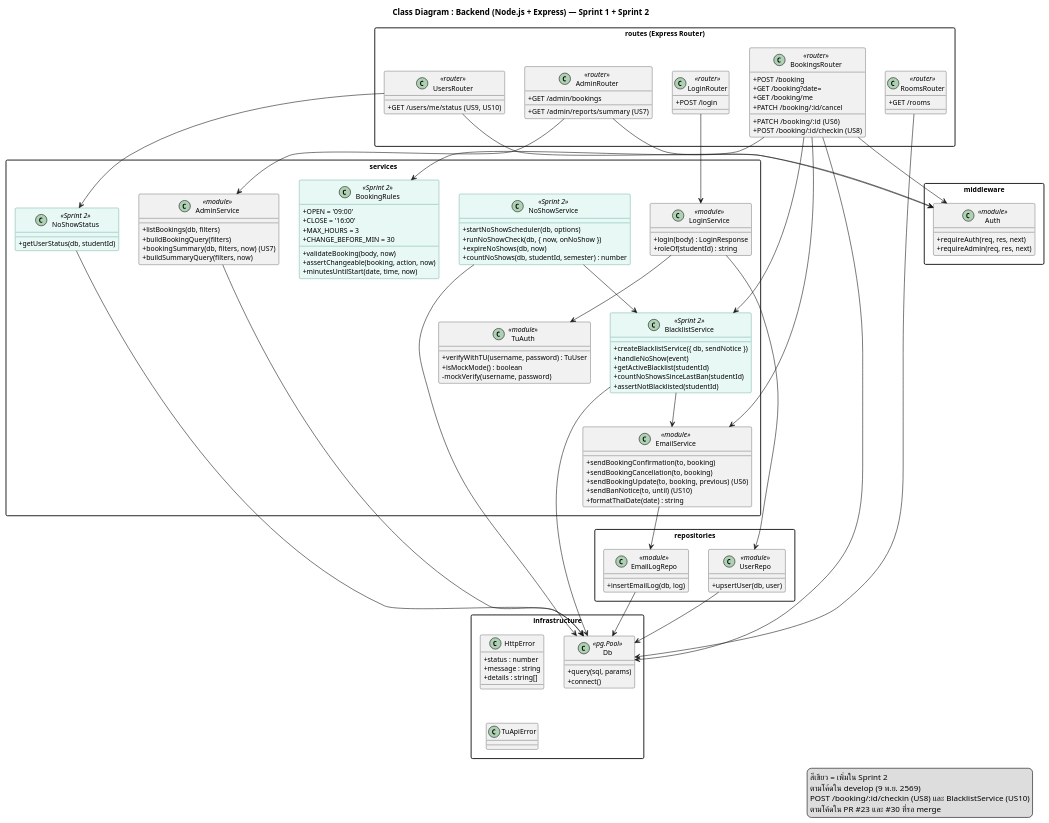
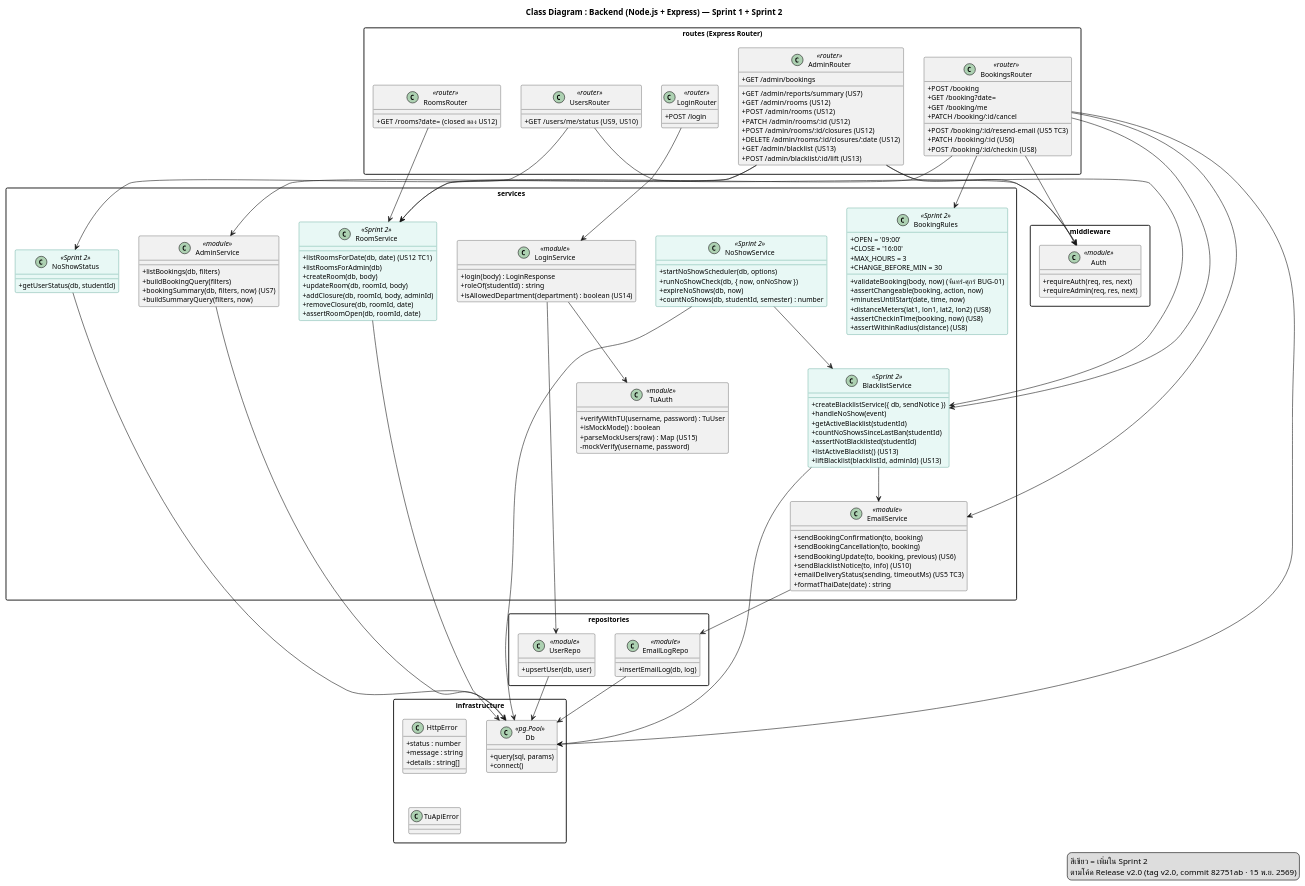
One commit to niairi/cs261_650001_group8 changed the diagram in docs/design/class-diagram.puml. Above: the diagram before and after it, drawn with PlantUML. The commit also changed 20 other files, not shown here.

Commit message:
docs: เพิ่ม Diagram Sprint 2 ให้ครบทุก US (US5 TC3, US11-US15) และอัปเดต US6, Class, DFD, Use Case ตาม v2.0

```diff
--- a/docs/design/class-diagram.puml
+++ b/docs/design/class-diagram.puml
@@ -1,145 +1,172 @@
 @startuml
 skinparam defaultFontName Loma
 skinparam defaultFontSize 12
 skinparam classAttributeIconSize 0
 skinparam packageStyle rectangle
 skinparam class {
   BackgroundColor<<Sprint 2>> #E8F8F5
   BorderColor<<Sprint 2>> #117A65
 }
 title Class Diagram : Backend (Node.js + Express) — Sprint 1 + Sprint 2
 
 package "routes (Express Router)" {
   class LoginRouter <<router>> {
     + POST /login
   }
   class RoomsRouter <<router>> {
-    + GET /rooms
+    + GET /rooms?date=  (closed ของ US12)
   }
   class BookingsRouter <<router>> {
     + POST /booking
     + GET /booking?date=
     + GET /booking/me
     + PATCH /booking/:id/cancel
+    + POST /booking/:id/resend-email  (US5 TC3)
     + PATCH /booking/:id  (US6)
     + POST /booking/:id/checkin  (US8)
   }
   class UsersRouter <<router>> {
     + GET /users/me/status  (US9, US10)
   }
   class AdminRouter <<router>> {
     + GET /admin/bookings
     + GET /admin/reports/summary  (US7)
+    + GET /admin/rooms  (US12)
+    + POST /admin/rooms  (US12)
+    + PATCH /admin/rooms/:id  (US12)
+    + POST /admin/rooms/:id/closures  (US12)
+    + DELETE /admin/rooms/:id/closures/:date  (US12)
+    + GET /admin/blacklist  (US13)
+    + POST /admin/blacklist/:id/lift  (US13)
   }
 }
 
 package "middleware" {
   class Auth <<module>> {
     + requireAuth(req, res, next)
     + requireAdmin(req, res, next)
   }
 }
 
 package "services" {
   class LoginService <<module>> {
     + login(body) : LoginResponse
     + roleOf(studentId) : string
+    + isAllowedDepartment(department) : boolean  (US14)
   }
   class TuAuth <<module>> {
     + verifyWithTU(username, password) : TuUser
     + isMockMode() : boolean
+    + parseMockUsers(raw) : Map  (US15)
     - mockVerify(username, password)
   }
   class BookingRules <<Sprint 2>> {
     + OPEN = '09:00'
     + CLOSE = '16:00'
     + MAX_HOURS = 3
     + CHANGE_BEFORE_MIN = 30
-    + validateBooking(body, now)
+    + validateBooking(body, now)  (จันทร์–ศุกร์ BUG-01)
     + assertChangeable(booking, action, now)
     + minutesUntilStart(date, time, now)
+    + distanceMeters(lat1, lon1, lat2, lon2)  (US8)
+    + assertCheckinTime(booking, now)  (US8)
+    + assertWithinRadius(distance)  (US8)
   }
   class EmailService <<module>> {
     + sendBookingConfirmation(to, booking)
     + sendBookingCancellation(to, booking)
     + sendBookingUpdate(to, booking, previous)  (US6)
-    + sendBanNotice(to, until)  (US10)
+    + sendBlacklistNotice(to, info)  (US10)
+    + emailDeliveryStatus(sending, timeoutMs)  (US5 TC3)
     + formatThaiDate(date) : string
   }
   class AdminService <<module>> {
     + listBookings(db, filters)
     + buildBookingQuery(filters)
     + bookingSummary(db, filters, now)  (US7)
     + buildSummaryQuery(filters, now)
   }
   class NoShowService <<Sprint 2>> {
     + startNoShowScheduler(db, options)
     + runNoShowCheck(db, { now, onNoShow })
     + expireNoShows(db, now)
     + countNoShows(db, studentId, semester) : number
   }
   class NoShowStatus <<Sprint 2>> {
     + getUserStatus(db, studentId)
   }
   class BlacklistService <<Sprint 2>> {
     + createBlacklistService({ db, sendNotice })
     + handleNoShow(event)
     + getActiveBlacklist(studentId)
     + countNoShowsSinceLastBan(studentId)
     + assertNotBlacklisted(studentId)
+    + listActiveBlacklist()  (US13)
+    + liftBlacklist(blacklistId, adminId)  (US13)
+  }
+  class RoomService <<Sprint 2>> {
+    + listRoomsForDate(db, date)  (US12 TC1)
+    + listRoomsForAdmin(db)
+    + createRoom(db, body)
+    + updateRoom(db, roomId, body)
+    + addClosure(db, roomId, body, adminId)
+    + removeClosure(db, roomId, date)
+    + assertRoomOpen(db, roomId, date)
   }
 }
 
 package "repositories" {
   class UserRepo <<module>> {
     + upsertUser(db, user)
   }
   class EmailLogRepo <<module>> {
     + insertEmailLog(db, log)
   }
 }
 
 package "infrastructure" {
   class Db <<pg.Pool>> {
     + query(sql, params)
     + connect()
   }
   class HttpError {
     + status : number
     + message : string
     + details : string[]
   }
   class TuApiError
 }
 
 LoginRouter --> LoginService
 LoginService --> TuAuth
 LoginService --> UserRepo
 BookingsRouter --> Auth
 BookingsRouter --> BookingRules
 BookingsRouter --> BlacklistService
 BookingsRouter --> EmailService
 BookingsRouter --> Db
-RoomsRouter --> Db
+RoomsRouter --> RoomService
+BookingsRouter --> RoomService
+AdminRouter --> RoomService
+AdminRouter --> BlacklistService
+RoomService --> Db
 AdminRouter --> Auth
 AdminRouter --> AdminService
 AdminService --> Db
 UsersRouter --> Auth
 UsersRouter --> NoShowStatus
 NoShowStatus --> Db
 NoShowService --> BlacklistService
 NoShowService --> Db
 BlacklistService --> EmailService
 BlacklistService --> Db
 EmailService --> EmailLogRepo
 UserRepo --> Db
 EmailLogRepo --> Db
 HttpError -[hidden]- TuApiError
 
 legend right
   สีเขียว = เพิ่มใน Sprint 2
-  ตามโค้ดใน develop (9 พ.ย. 2569)
-  POST /booking/:id/checkin (US8) และ BlacklistService (US10)
-  ตามโค้ดใน PR #23 และ #30 ที่รอ merge
+  ตามโค้ด Release v2.0 (tag v2.0, commit 82751ab · 15 พ.ย. 2569)
 endlegend
 @enduml
```
